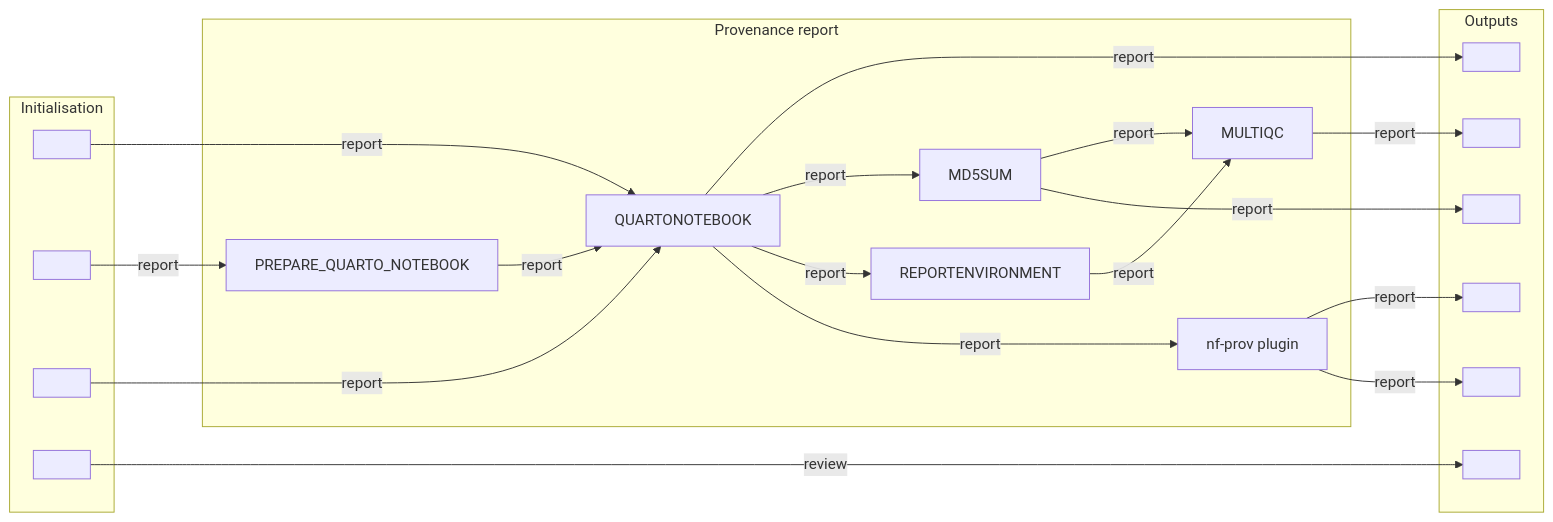
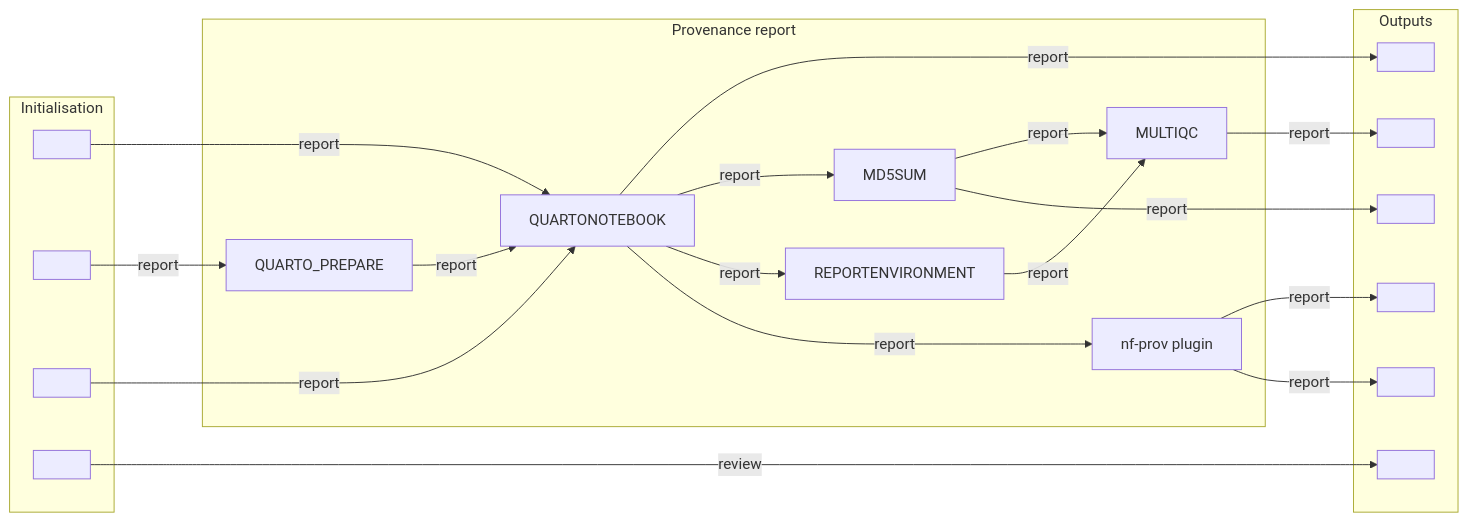
One commit to antoniasaracco/provenancereport changed the diagram in docs/images/provenancereport_metro.mmd. Above: the diagram before and after it, drawn with Mermaid. The commit also changed 12 other files, not shown here.

```diff
--- a/docs/images/provenancereport_metro.mmd
+++ b/docs/images/provenancereport_metro.mmd
@@ -1,57 +1,57 @@
 %%metro style: nfcore
 %%metro file: samplesheet | CSV | Samplesheet
 %%metro file: custom_report | QMD | Custom report
 %%metro file: custom_config | CONF | Custom config
 %%metro file: review_document | FILE | --document optional
 %%metro file: quarto_report | HTML | Quarto report
 %%metro file: multiqc_report | HTML | MultiQC report
 %%metro file: review_output | FILE | Review document
 %%metro file: checksums | MD5 | Checksums
 %%metro file: bco | JSON | BCO
 %%metro file: rocrate | JSON | RO-Crate
 %%metro line: report | Provenance report | #24B064
 %%metro line: review | Optional review document | #F28E2B | dashed
 %%metro legend: bl
 
 graph LR
     subgraph initialisation [Initialisation]
         samplesheet[ ]
         custom_report[ ]
         custom_config[ ]
         review_document[ ]
     end
 
     subgraph provenance [Provenance report]
-        preparequartonotebook[PREPARE_QUARTO_NOTEBOOK]
+        preparequartonotebook[QUARTO_PREPARE]
         quartonotebook[QUARTONOTEBOOK]
         md5sum[MD5SUM]
         reportenvironment[REPORTENVIRONMENT]
         multiqc[MULTIQC]
         nfprov[nf-prov plugin]
     end
 
     subgraph outputs [Outputs]
         quarto_report[ ]
         multiqc_report[ ]
         review_output[ ]
         checksums[ ]
         bco[ ]
         rocrate[ ]
     end
 
     samplesheet -->|report| quartonotebook
     custom_report -->|report| preparequartonotebook
     custom_config -->|report| quartonotebook
     preparequartonotebook -->|report| quartonotebook
     quartonotebook -->|report| quarto_report
     quartonotebook -->|report| md5sum
     quartonotebook -->|report| reportenvironment
     md5sum -->|report| multiqc
     reportenvironment -->|report| multiqc
     multiqc -->|report| multiqc_report
     md5sum -->|report| checksums
     quartonotebook -->|report| nfprov
     nfprov -->|report| bco
     nfprov -->|report| rocrate
 
     review_document -->|review| review_output
```
